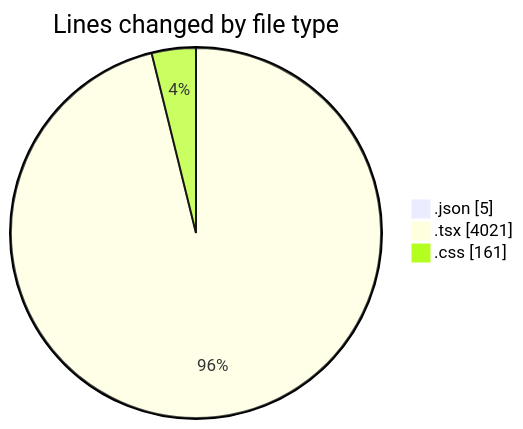
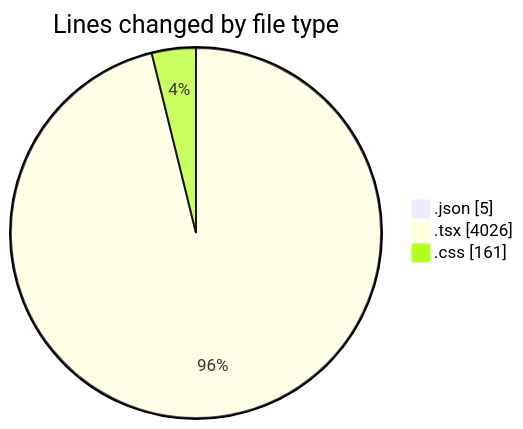
The first of 2 diagrams in 2025-05-29/advertise/README.md (Elitesun/code-tracking), drawn with Mermaid before and after one commit. The commit also changed other lines of this file and 1 other file, not shown here.

````diff
--- a/2025-05-29/advertise/README.md
+++ b/2025-05-29/advertise/README.md
@@ -35,7 +35,7 @@
 ```mermaid
 pie showData
 title Lines changed by file type
 ".json" : 5
-".tsx" : 4021
+".tsx" : 4026
 ".css" : 161
 ```
````
